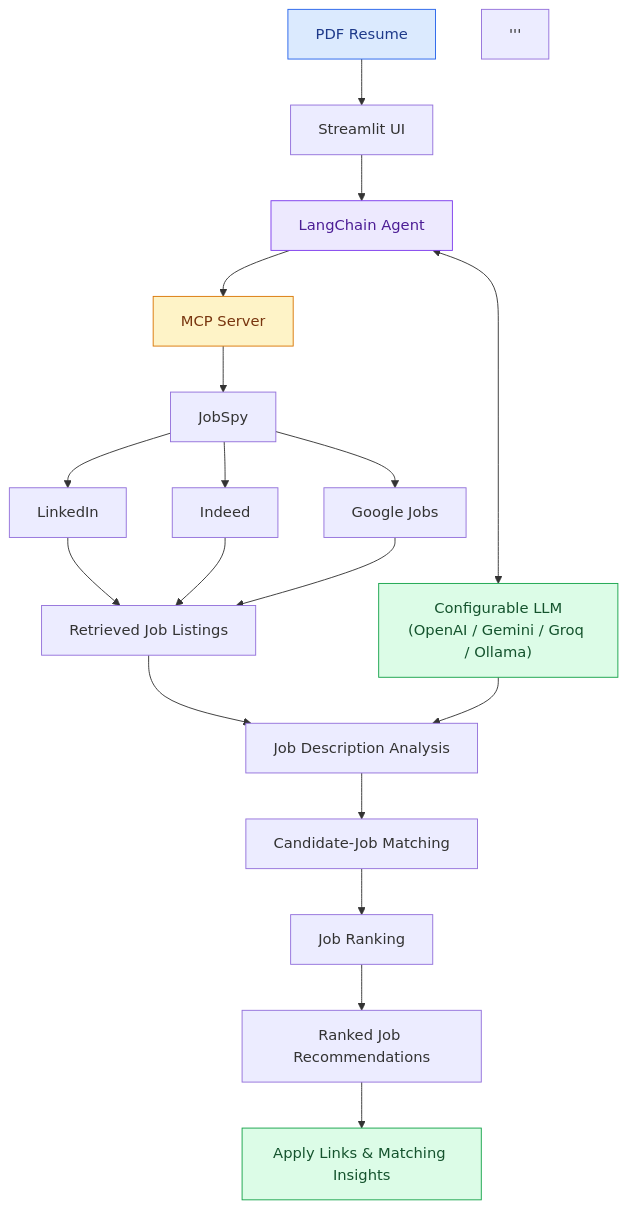
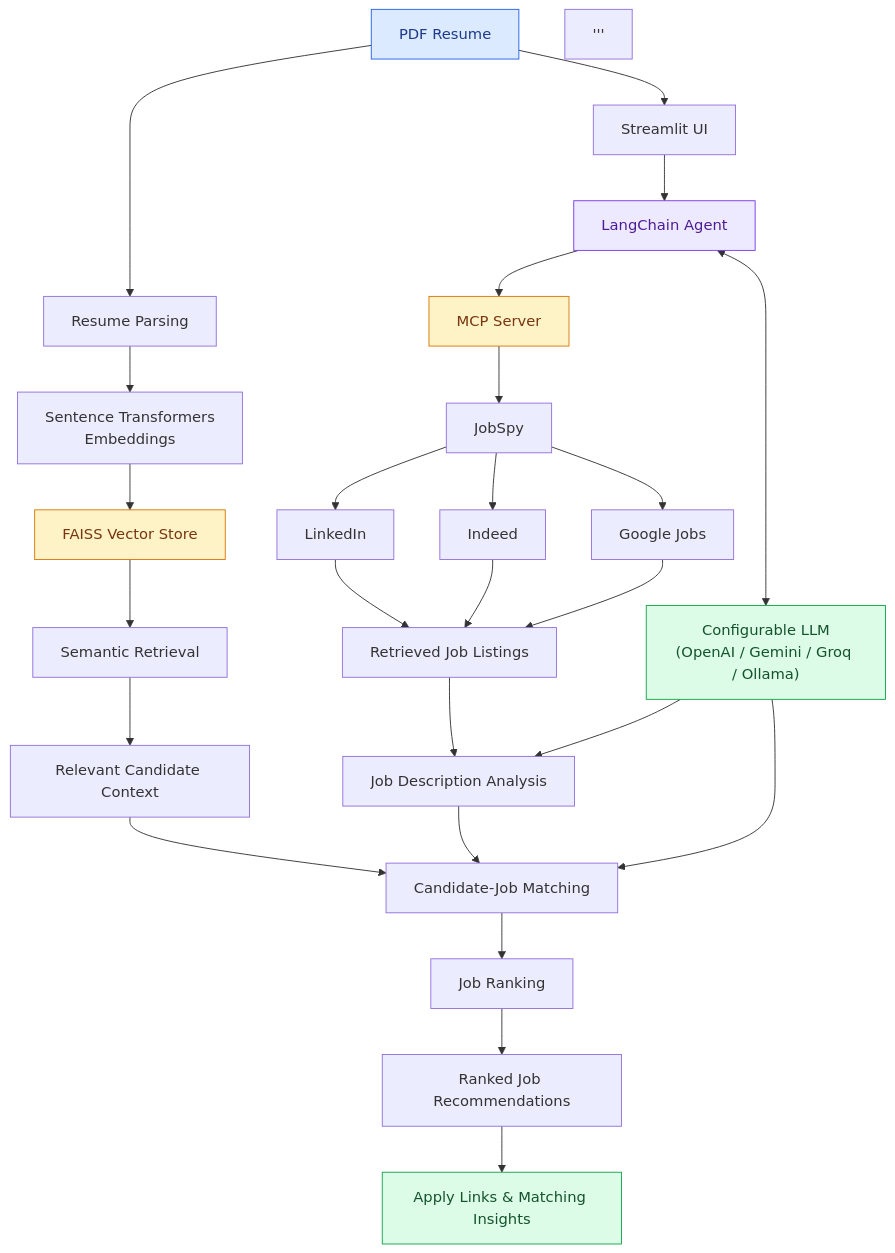
One commit to SHREESH-git/Agentic-Job-Search-Assistant changed the diagram in README.md. Above: the diagram before and after it, drawn with Mermaid. The commit also changed other lines of this file, not shown here.

Commit message:
Update README with RAG and architecture improvements
Enhanced the README to include details about the integration of RAG with Sentence Transformers and FAISS for improved resume processing and job recommendations. Updated architecture flowchart to reflect changes in the candidate-job matching process.

````diff
--- a/README.md
+++ b/README.md
@@ -17,32 +17,42 @@
 ```mermaid
 flowchart TD
     A["PDF Resume"] --> B["Streamlit UI"]
     B --> C["LangChain Agent"]
+
+    A --> P["Resume Parsing"]
+    P --> Q["Sentence Transformers<br/>Embeddings"]
+    Q --> R["FAISS Vector Store"]
+    R --> S["Semantic Retrieval"]
+    S --> T["Relevant Candidate Context"]
 
     C --> D["MCP Server"]
     C <--> E["Configurable LLM<br/>(OpenAI / Gemini / Groq / Ollama)"]
 
     D --> F["JobSpy"]
     F --> G["LinkedIn"]
     F --> H["Indeed"]
     F --> I["Google Jobs"]
 
     G --> J["Retrieved Job Listings"]
     H --> J
     I --> J
 
     J --> K["Job Description Analysis"]
     E --> K
 
-    K --> L["Candidate-Job Matching"]
+    T --> L["Candidate-Job Matching"]
+    K --> L
+    E --> L
+
     L --> M["Job Ranking"]
     M --> N["Ranked Job Recommendations"]
     N --> O["Apply Links & Matching Insights"]
 
     style A fill:#dbeafe,stroke:#2563eb,color:#1e3a8a
     style C fill:#ede9fe,stroke:#7c3aed,color:#4c1d95
     style D fill:#fef3c7,stroke:#d97706,color:#78350f
     style E fill:#dcfce7,stroke:#16a34a,color:#14532d
+    style R fill:#fef3c7,stroke:#d97706,color:#78350f
     style O fill:#dcfce7,stroke:#16a34a,color:#14532d
 '''
 ```
````
